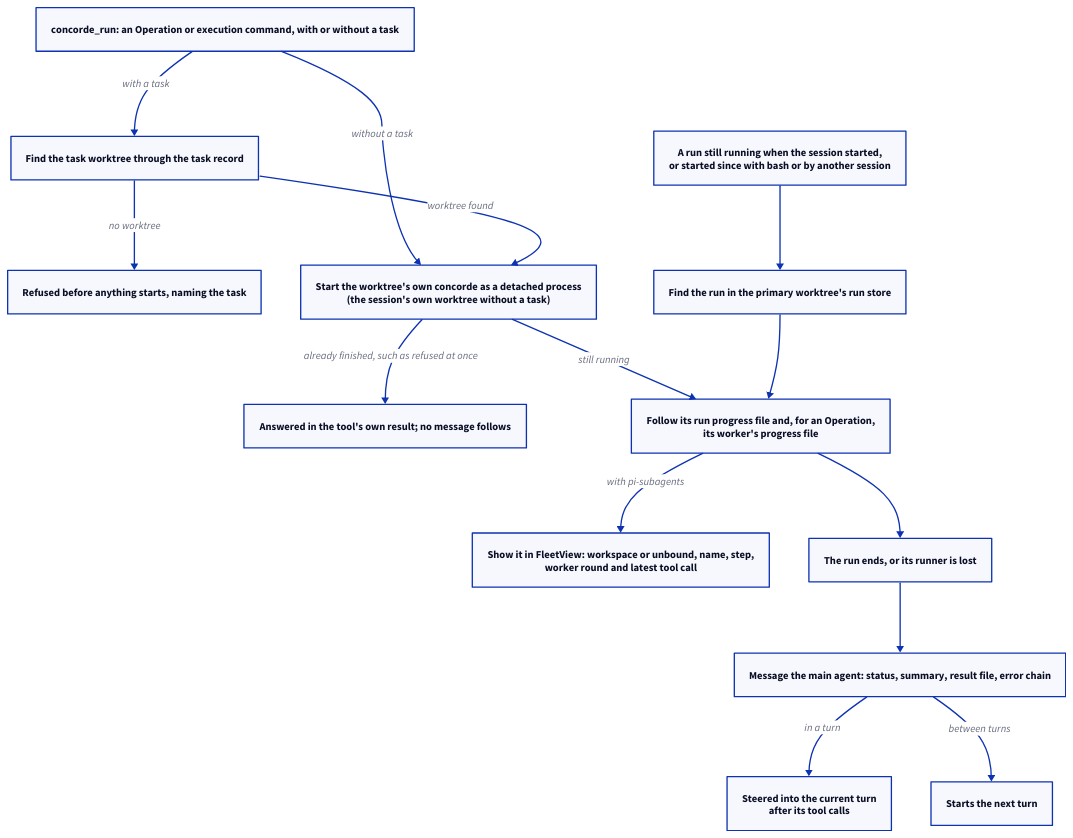
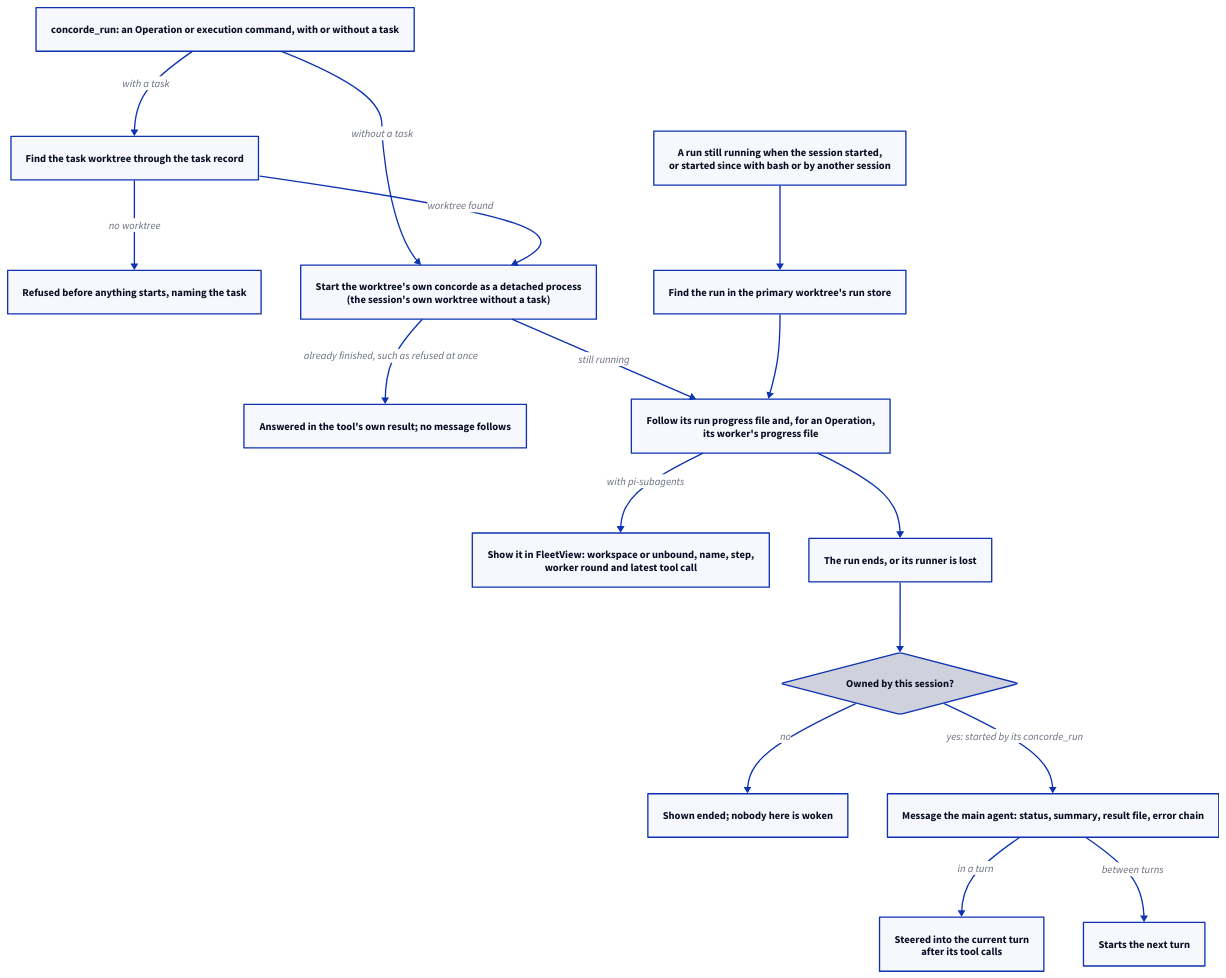
Before and after one commit to FTOD/concorde: the second of 5 diagrams in specs/concorde/coordination/main-session/module.md, drawn with D2. The commit also changed other lines of this file and 11 other files, not shown here.

First line of the commit message:
Main session: a run or task-session round wakes only its owner

````diff
--- a/specs/concorde/coordination/main-session/module.md
+++ b/specs/concorde/coordination/main-session/module.md
@@ -179,29 +180,33 @@
 ```d2 illustrative
 direction: down
 tool: "concorde_run: an Operation or execution command, with or without a task"
 worktree: "Find the task worktree through the task record"
 refused: "Refused before anything starts, naming the task"
 launch: "Start the worktree's own concorde as a detached process\n(the session's own worktree without a task)"
 elsewhere: "A run still running when the session started,\nor started since with bash or by another session"
 store: "Find the run in the primary worktree's run store"
 done: "Answered in the tool's own result; no message follows"
 follow: "Follow its run progress file and, for an Operation,\nits worker's progress file"
 fleet: "Show it in FleetView: workspace or unbound, name, step,\nworker round and latest tool call"
 ended: "The run ends, or its runner is lost"
+owned: "Owned by this session?" {shape: diamond}
+shown: "Shown ended; nobody here is woken"
 wake: "Message the main agent: status, summary, result file, error chain"
 steer: "Steered into the current turn\nafter its tool calls"
 next: "Starts the next turn"
 tool -> worktree: with a task
 tool -> launch: without a task
 worktree -> refused: no worktree
 worktree -> launch: worktree found
 launch -> done: already finished, such as refused at once
 launch -> follow: still running
 elsewhere -> store
 store -> follow
 follow -> fleet: with pi-subagents
 follow -> ended
-ended -> wake
+ended -> owned
+owned -> wake: "yes: started by its concorde_run"
+owned -> shown: no
 wake -> steer: in a turn
 wake -> next: between turns
 ```
````
